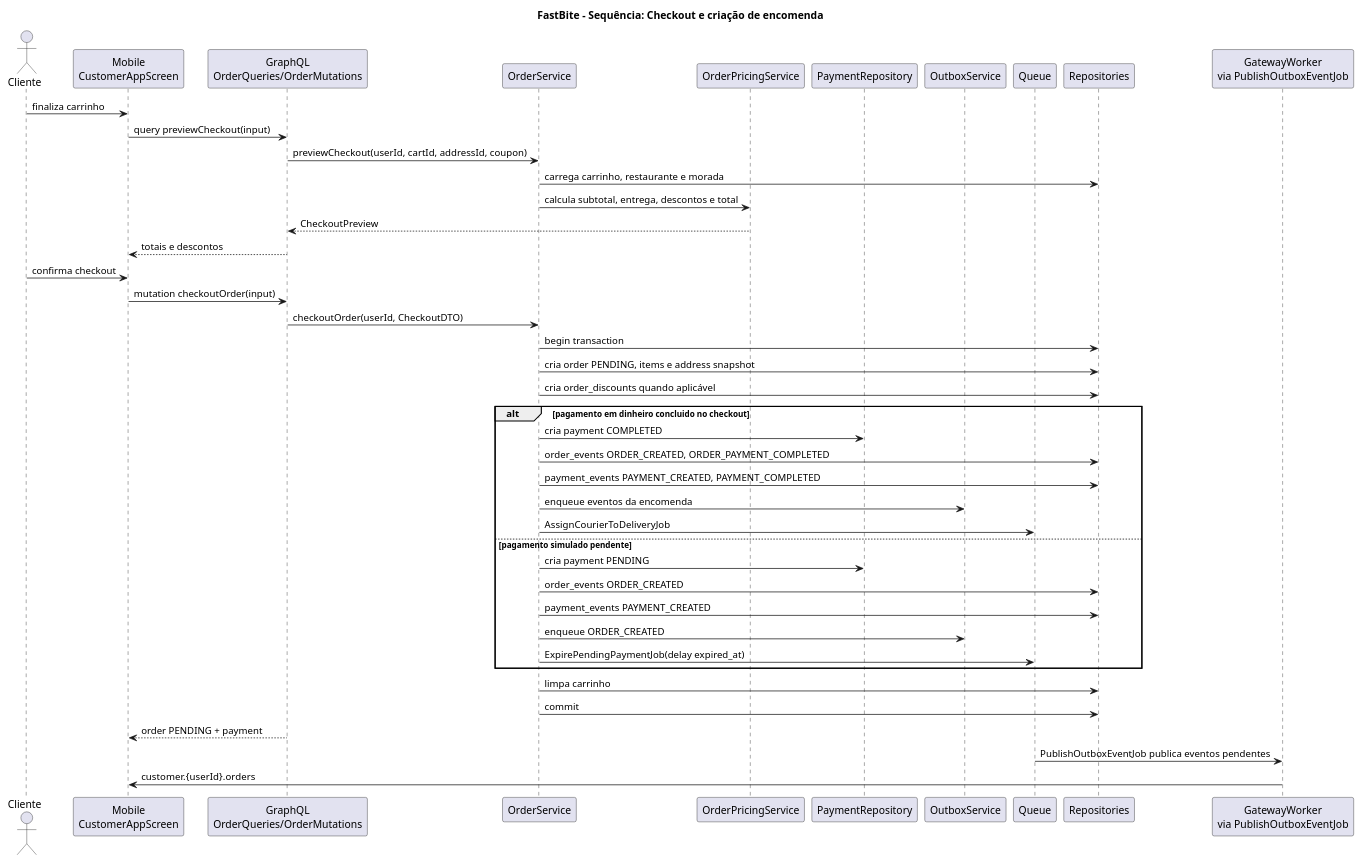
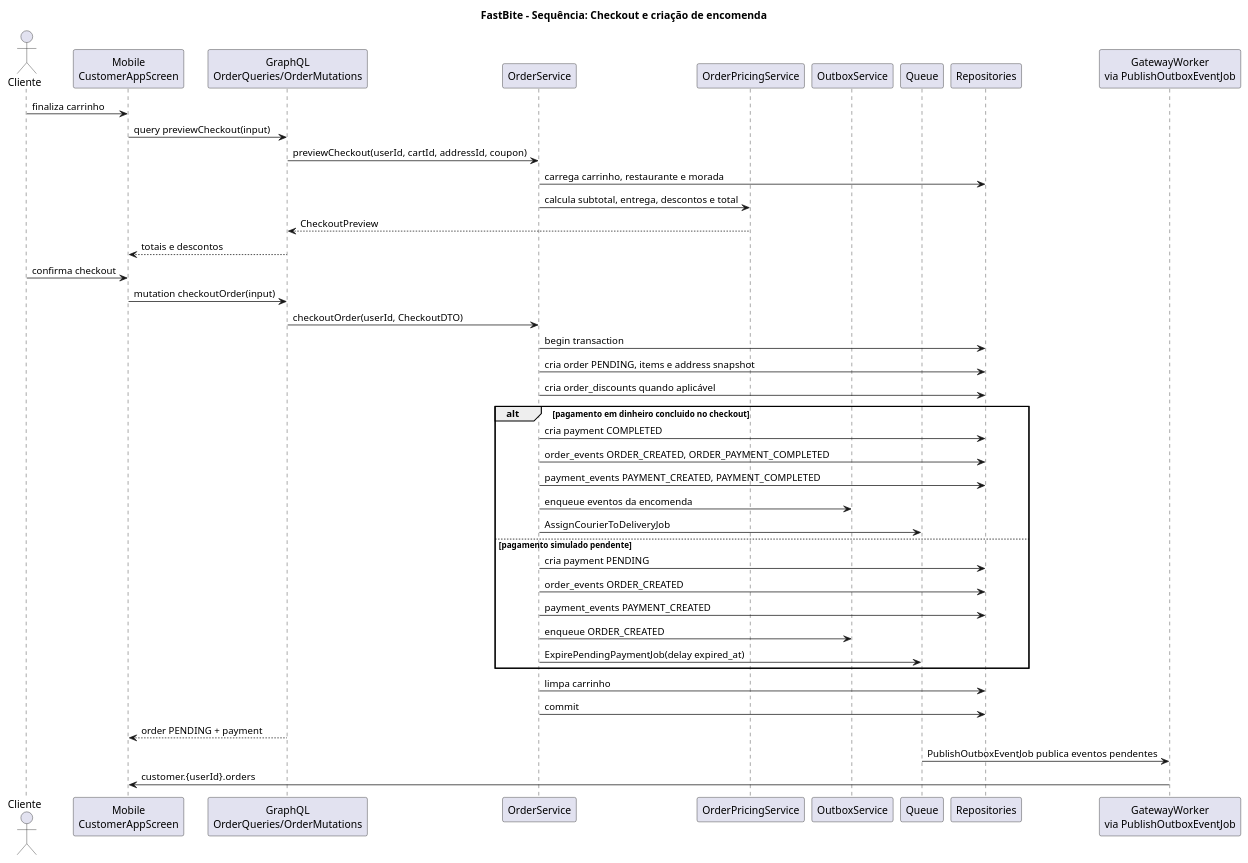
One commit to DuarteMSousa/FastBite changed the diagram in Documentacao/docs novas/03a_sequencia_checkout.puml. Above: the diagram before and after it, drawn with PlantUML. The commit also changed 1 other file, not shown here.

Commit message:
Replace DB/PayRepo with Repos in diagrams
Unifica as referências à camada de persistência nos diagramas de sequência: substitui o participante 'PaymentRepository' e o participante 'PostgreSQL' por um participante genérico 'Repositories' (Repos) e altera chamadas de PayRepo/DB para Repos. Também remove a anotação #[Transactional] do DeliveryService. Arquivos alterados: Documentacao/docs novas/03a_sequencia_checkout.puml e Documentacao/docs novas/03c_sequencia_estafeta_entrega_tracking.puml. Essas mudanças refletem a centralização das operações de repositório nos diagramas.

```diff
--- a/Documentacao/docs novas/03a_sequencia_checkout.puml
+++ b/Documentacao/docs novas/03a_sequencia_checkout.puml
@@ -1,52 +1,51 @@
 @startuml FastBite_Seq_Checkout
 title FastBite - Sequência: Checkout e criação de encomenda
 
 skinparam shadowing false
 actor Cliente
 participant "Mobile\nCustomerAppScreen" as Mobile
 participant "GraphQL\nOrderQueries/OrderMutations" as GQL
 participant "OrderService" as OrderSvc
 participant "OrderPricingService" as Pricing
-participant "PaymentRepository" as PayRepo
 participant "OutboxService" as Outbox
 participant "Queue" as Queue
 participant "Repositories" as Repos
 participant "GatewayWorker\nvia PublishOutboxEventJob" as GW
 
 Cliente -> Mobile: finaliza carrinho
 Mobile -> GQL: query previewCheckout(input)
 GQL -> OrderSvc: previewCheckout(userId, cartId, addressId, coupon)
 OrderSvc -> Repos: carrega carrinho, restaurante e morada
 OrderSvc -> Pricing: calcula subtotal, entrega, descontos e total
 Pricing --> GQL: CheckoutPreview
 GQL --> Mobile: totais e descontos
 
 Cliente -> Mobile: confirma checkout
 Mobile -> GQL: mutation checkoutOrder(input)
 GQL -> OrderSvc: checkoutOrder(userId, CheckoutDTO)
 OrderSvc -> Repos: begin transaction
 OrderSvc -> Repos: cria order PENDING, items e address snapshot
 OrderSvc -> Repos: cria order_discounts quando aplicável
 
 alt pagamento em dinheiro concluido no checkout
-  OrderSvc -> PayRepo: cria payment COMPLETED
+  OrderSvc -> Repos: cria payment COMPLETED
   OrderSvc -> Repos: order_events ORDER_CREATED, ORDER_PAYMENT_COMPLETED
   OrderSvc -> Repos: payment_events PAYMENT_CREATED, PAYMENT_COMPLETED
   OrderSvc -> Outbox: enqueue eventos da encomenda
   OrderSvc -> Queue: AssignCourierToDeliveryJob
 else pagamento simulado pendente
-  OrderSvc -> PayRepo: cria payment PENDING
+  OrderSvc -> Repos: cria payment PENDING
   OrderSvc -> Repos: order_events ORDER_CREATED
   OrderSvc -> Repos: payment_events PAYMENT_CREATED
   OrderSvc -> Outbox: enqueue ORDER_CREATED
   OrderSvc -> Queue: ExpirePendingPaymentJob(delay expired_at)
 end
 
 OrderSvc -> Repos: limpa carrinho
 OrderSvc -> Repos: commit
 GQL --> Mobile: order PENDING + payment
 
 Queue -> GW: PublishOutboxEventJob publica eventos pendentes
 GW -> Mobile: customer.{userId}.orders
 
 @enduml
```
